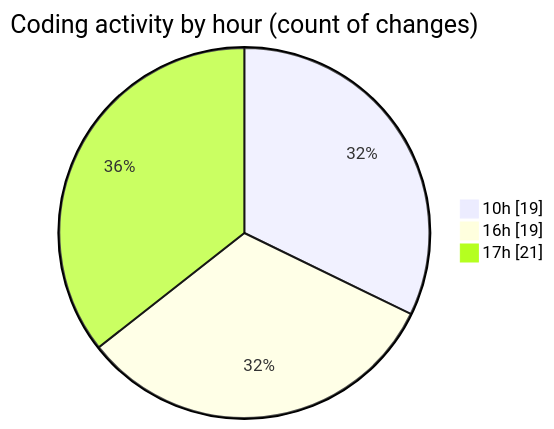
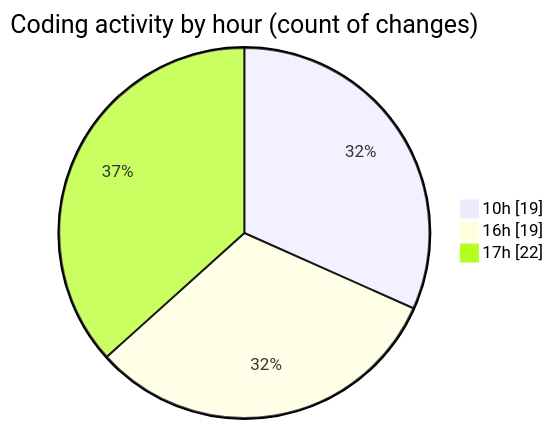
One commit to robertbonfada/code-tracking changed the second of 2 diagrams in 2025-01-20/mbc-web/README.md. Above: the diagram before and after it, drawn with Mermaid. The commit also changed other lines of this file and 1 other file, not shown here.

````diff
--- a/2025-01-20/mbc-web/README.md
+++ b/2025-01-20/mbc-web/README.md
@@ -49,7 +49,7 @@
 ```mermaid
 pie showData
 title Coding activity by hour (count of changes)
 "10h" : 19
 "16h" : 19
-"17h" : 21
+"17h" : 22
 ```
````
